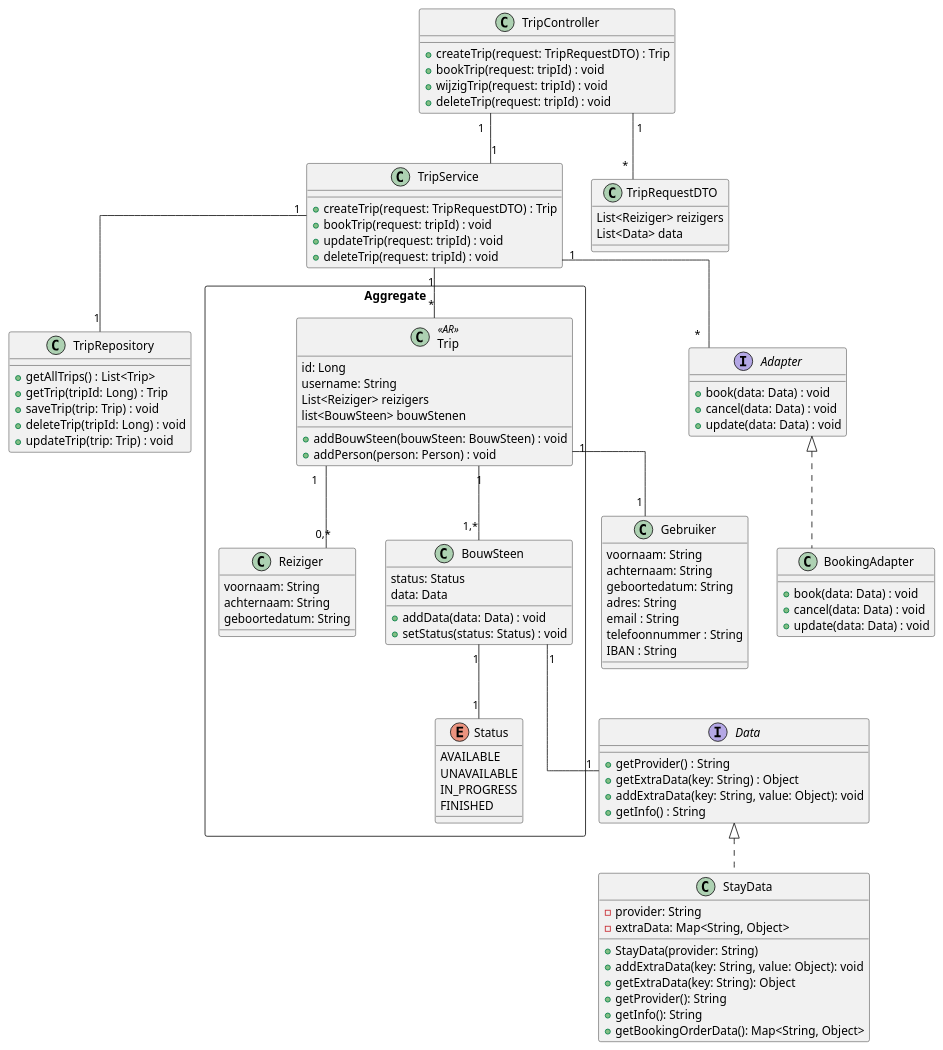
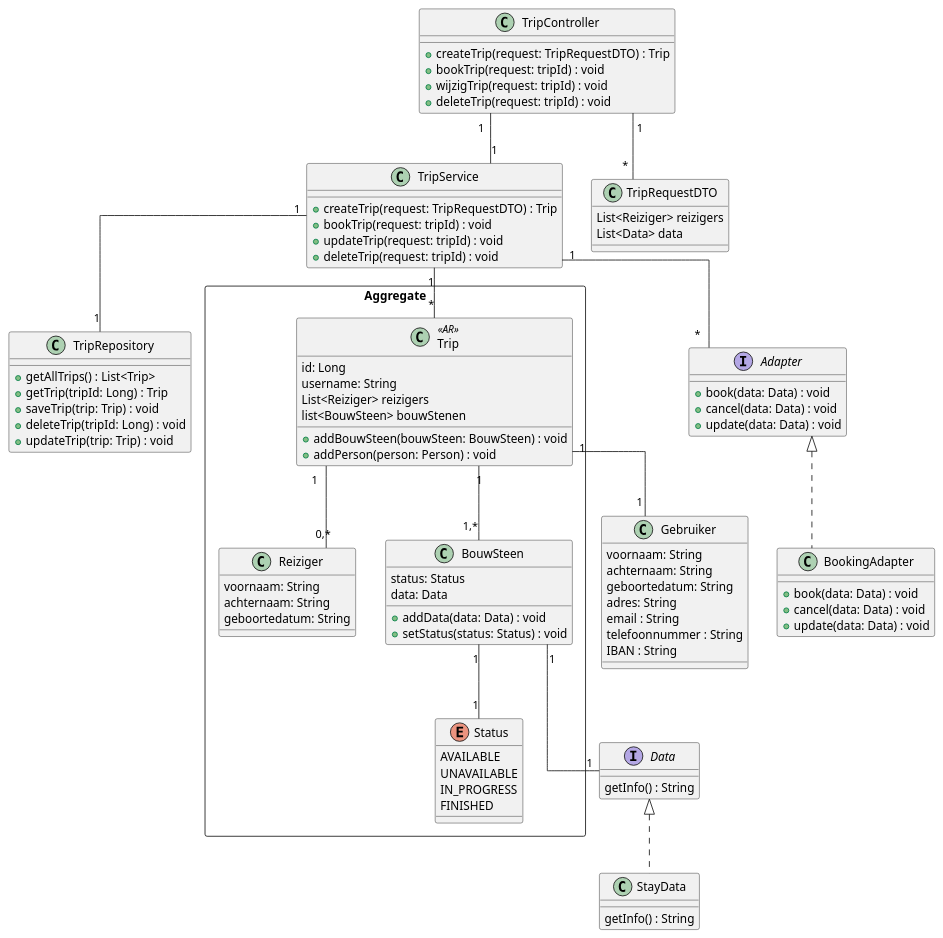
Before and after one commit to AIM-ENE-feb25/triptop-livingin-s-pain-nouri-siebe-boris: the diagram in opdracht-diagrammen/Groeps-diagram/ClassDiagram.puml, drawn with PlantUML.

```diff
--- a/opdracht-diagrammen/Groeps-diagram/ClassDiagram.puml
+++ b/opdracht-diagrammen/Groeps-diagram/ClassDiagram.puml
@@ -1,131 +1,121 @@
 @startuml
 'https://plantuml.com/class-diagram
 skinparam linetype ortho
 
 class TripController {
     +createTrip(request: TripRequestDTO) : Trip
     +bookTrip(request: tripId) : void
     +wijzigTrip(request: tripId) : void
     +deleteTrip(request: tripId) : void
 }
 
 class TripService {
     +createTrip(request: TripRequestDTO) : Trip
     +bookTrip(request: tripId) : void
     +updateTrip(request: tripId) : void
     +deleteTrip(request: tripId) : void
 
 }
 
 class TripRepository {
     +getAllTrips() : List<Trip>
     +getTrip(tripId: Long) : Trip
     +saveTrip(trip: Trip) : void
     +deleteTrip(tripId: Long) : void
     +updateTrip(trip: Trip) : void
 }
 
 
 
 class Gebruiker {
     voornaam: String
     achternaam: String
     geboortedatum: String
     adres: String
     email : String
     telefoonnummer : String
     IBAN : String
 }
 
 rectangle "Aggregate" {
 
 class Trip <<AR>> {
     id: Long
     username: String
     List<Reiziger> reizigers
     list<BouwSteen> bouwStenen
     +addBouwSteen(bouwSteen: BouwSteen) : void
     +addPerson(person: Person) : void
 }
 
 
 class Reiziger {
     voornaam: String
     achternaam: String
     geboortedatum: String
 }
 
 class BouwSteen {
     status: Status
     data: Data
     +addData(data: Data) : void
     +setStatus(status: Status) : void
 }
 
 enum Status {
     AVAILABLE
     UNAVAILABLE
     IN_PROGRESS
     FINISHED
 }
 
 }
 
 interface Data {
-    + getProvider() : String
-    + getExtraData(key: String) : Object
-    + addExtraData(key: String, value: Object): void
-    + getInfo() : String
+  getInfo() : String
 }
 
 class StayData implements Data {
- - provider: String
- - extraData: Map<String, Object>
- + StayData(provider: String)
-  + addExtraData(key: String, value: Object): void
-  + getExtraData(key: String): Object
- + getProvider(): String
- + getInfo(): String
-  + getBookingOrderData(): Map<String, Object>
+ getInfo() : String
 }
 
 interface Adapter {
     +book(data: Data) : void
     +cancel(data: Data) : void
     +update(data: Data) : void
 }
 
 
 class BookingAdapter implements Adapter {
     +book(data: Data) : void
     +cancel(data: Data) : void
     +update(data: Data) : void
 }
 
 
 
 class TripRequestDTO {
     List<Reiziger> reizigers
     List<Data> data
 }
 
 
 
 TripController "1" -- "1" TripService
 TripService "1" -- "1" TripRepository
 TripController "1" -- "*" TripRequestDTO
 
 TripService "1" -- "*" Trip
 TripService "1" -- "*" Adapter
 
 
 BouwSteen "1" -- "1" Data
 BouwSteen "1" -- "1" Status
 Trip "1" -- "1,*" BouwSteen
 Trip "1" -- "0,*" Reiziger
 Trip "1" -- "1" Gebruiker
 
 
 
 
 @enduml
```
